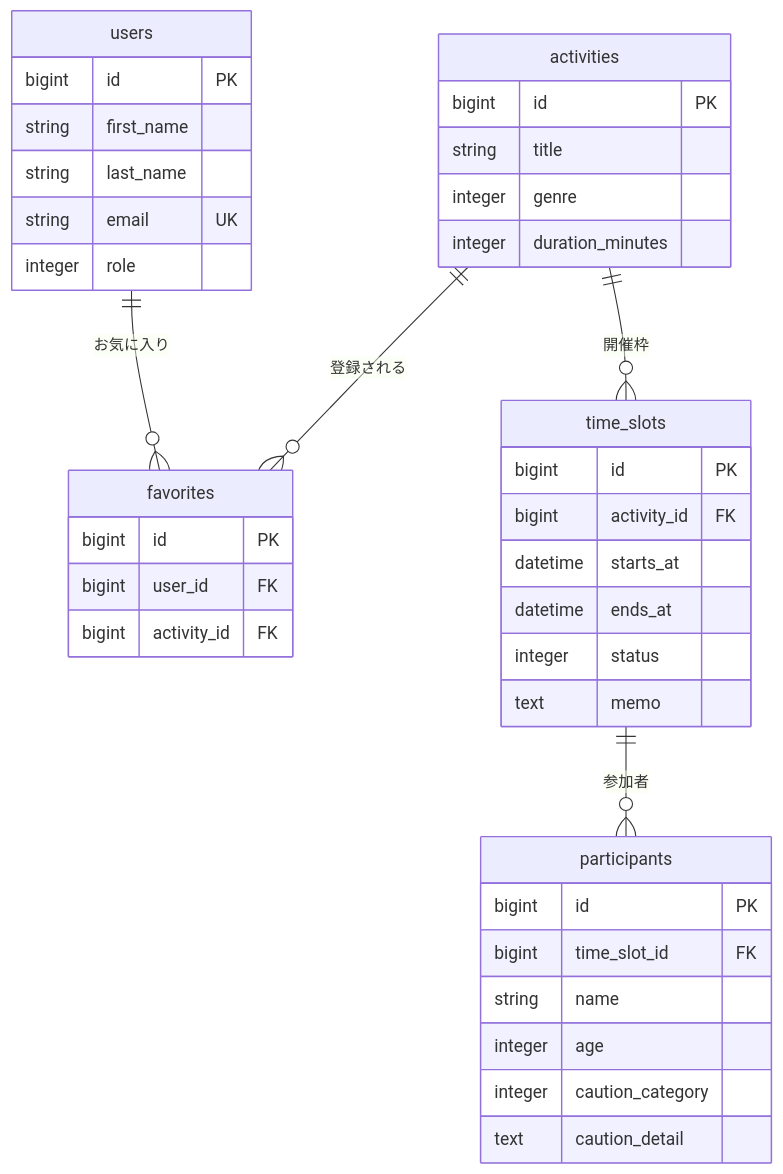
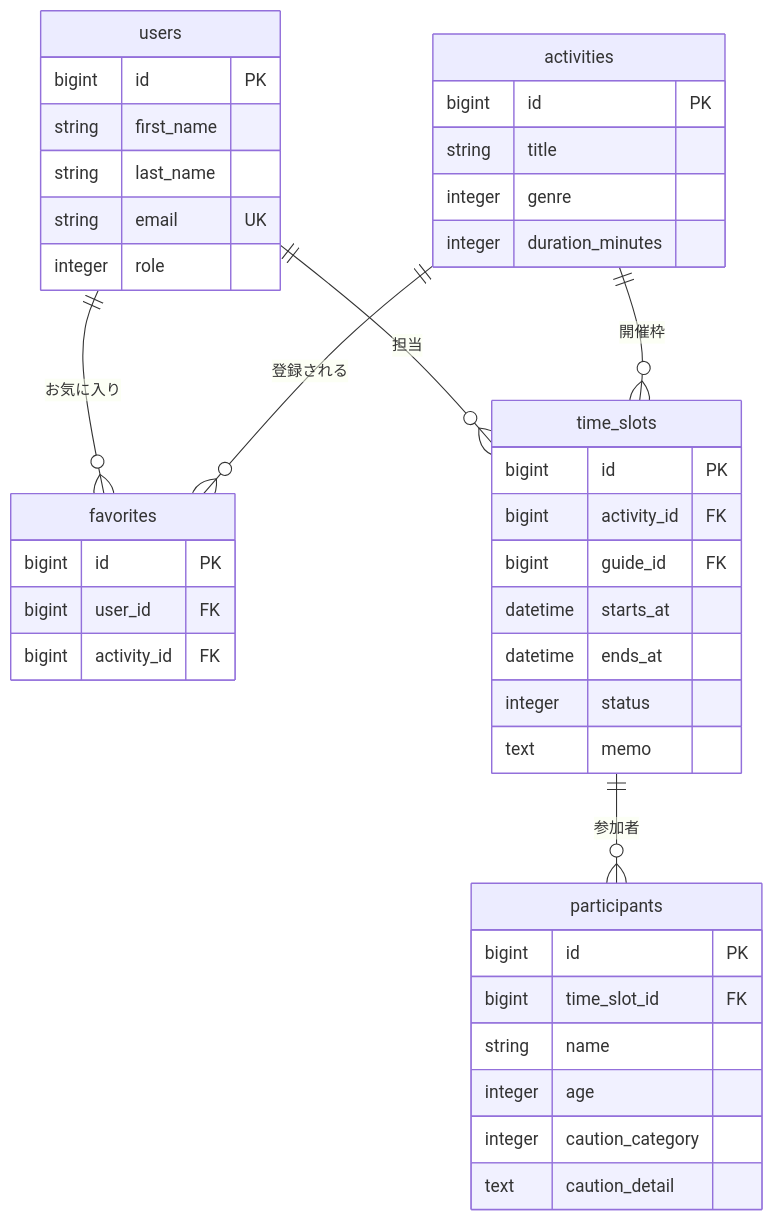
The second of 2 diagrams in README.md (kame-888/activity_guidetool_app), drawn with Mermaid before and after one commit. The commit also changed other lines of this file and 24 other files, not shown here.

````diff
--- a/README.md
+++ b/README.md
@@ -86,42 +86,44 @@
 ```mermaid
 erDiagram
     users ||--o{ favorites : "お気に入り"
+    users ||--o{ time_slots : "担当"
     activities ||--o{ favorites : "登録される"
     activities ||--o{ time_slots : "開催枠"
     time_slots ||--o{ participants : "参加者"
 
     users {
         bigint id PK
         string first_name
         string last_name
         string email UK
         integer role
     }
     activities {
         bigint id PK
         string title
         integer genre
         integer duration_minutes
     }
     time_slots {
         bigint id PK
         bigint activity_id FK
+        bigint guide_id FK
         datetime starts_at
         datetime ends_at
         integer status
         text memo
     }
     participants {
         bigint id PK
         bigint time_slot_id FK
         string name
         integer age
         integer caution_category
         text caution_detail
     }
     favorites {
         bigint id PK
         bigint user_id FK
         bigint activity_id FK
     }
 ```
````
